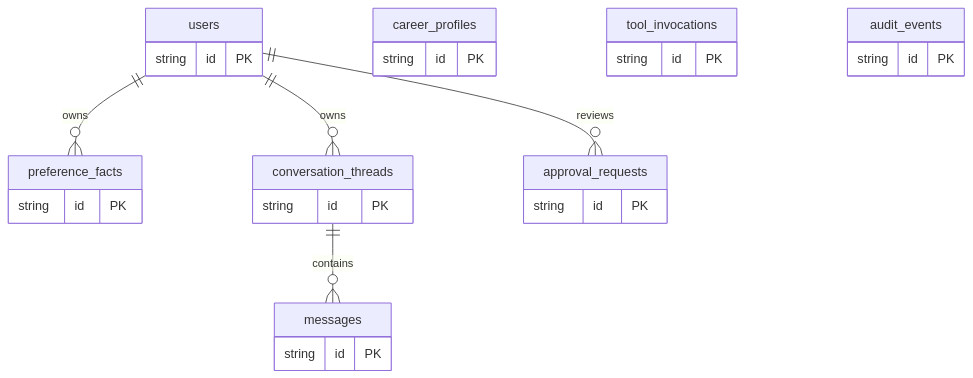
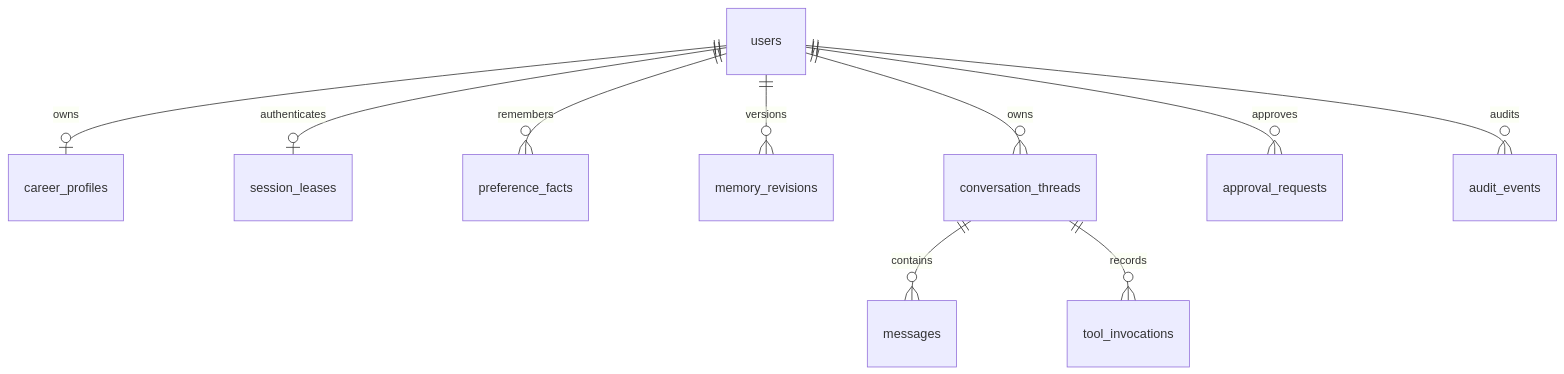
The diagram in docs/DATABASE_ERD.md (Kanishkar843/PrefLoom), drawn with Mermaid before and after one commit. The commit also changed other lines of this file and 47 other files, not shown here.

````diff
--- a/docs/DATABASE_ERD.md
+++ b/docs/DATABASE_ERD.md
@@ -3,31 +5,12 @@
 ```mermaid
 erDiagram
-    users {
-        string id PK
-    }
-    career_profiles {
-        string id PK
-    }
-    preference_facts {
-        string id PK
-    }
-    conversation_threads {
-        string id PK
-    }
-    messages {
-        string id PK
-    }
-    tool_invocations {
-        string id PK
-    }
-    approval_requests {
-        string id PK
-    }
-    audit_events {
-        string id PK
-    }
-    users ||--o{ preference_facts : owns
+    users ||--o| career_profiles : owns
+    users ||--o| session_leases : authenticates
+    users ||--o{ preference_facts : remembers
+    users ||--o{ memory_revisions : versions
     users ||--o{ conversation_threads : owns
     conversation_threads ||--o{ messages : contains
-    users ||--o{ approval_requests : reviews
+    conversation_threads ||--o{ tool_invocations : records
+    users ||--o{ approval_requests : approves
+    users ||--o{ audit_events : audits
 ```
````
